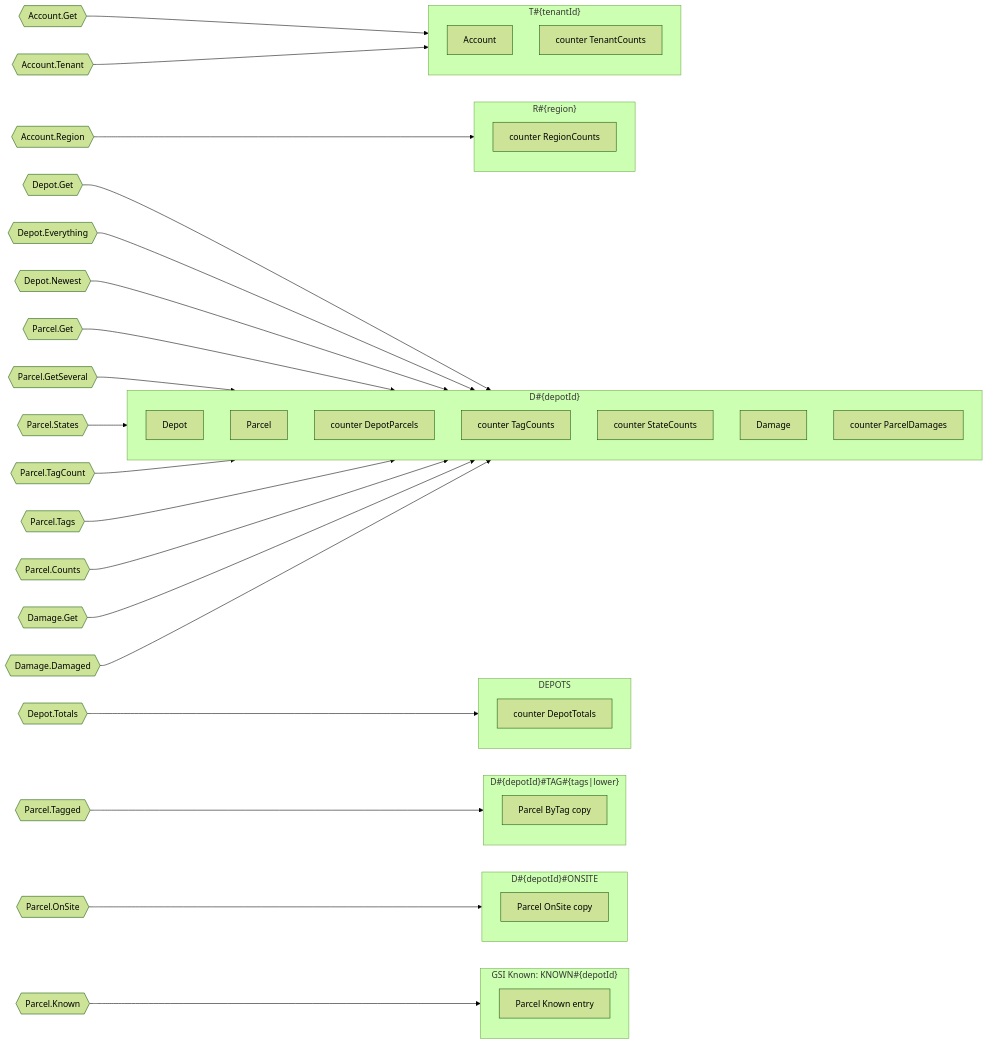
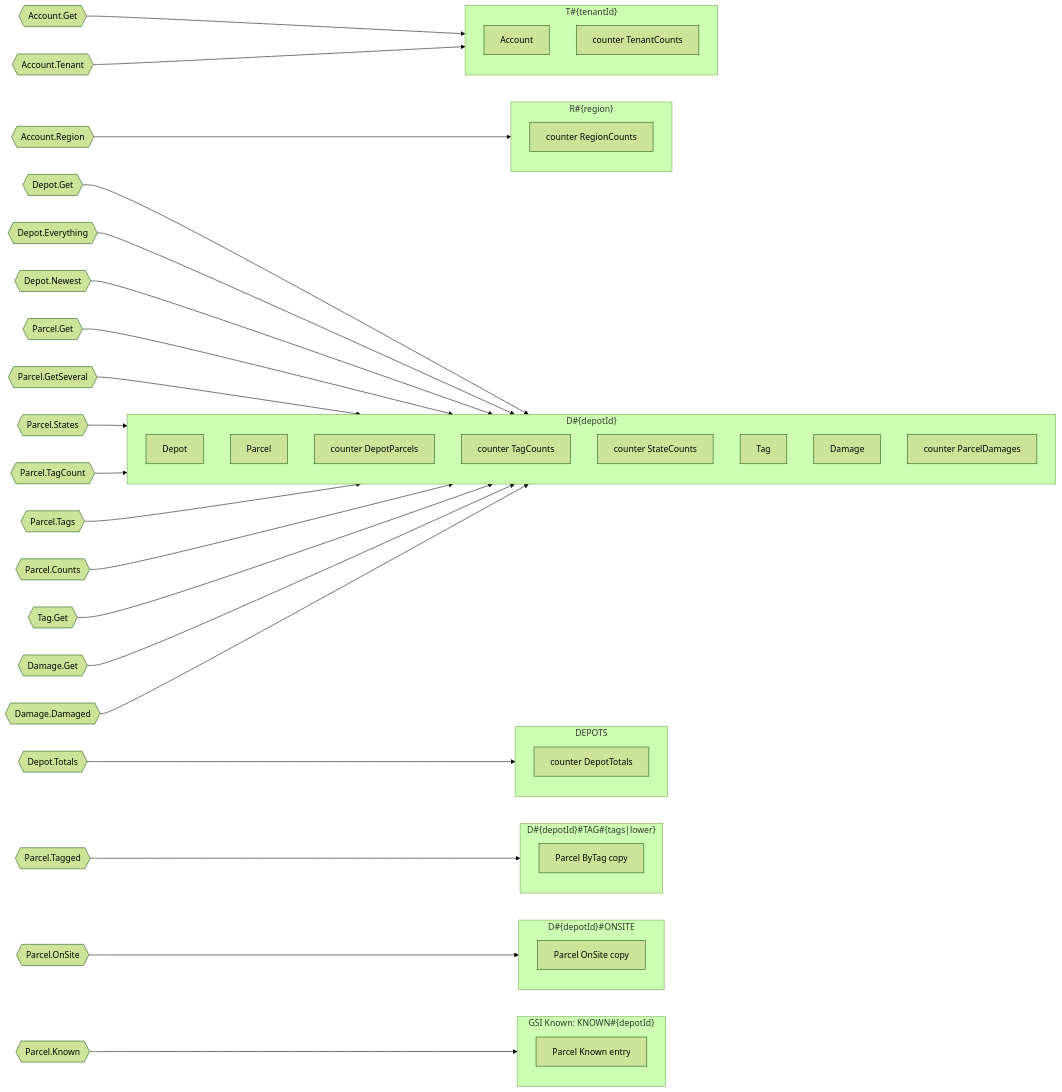
The fourth of 9 diagrams in internal/e2e/fixture/fixture.model.md (nicklanng/dynago), drawn with Mermaid (forest theme) before and after one commit. The commit also changed other lines of this file and 17 other files, not shown here.

````diff
--- a/internal/e2e/fixture/fixture.model.md
+++ b/internal/e2e/fixture/fixture.model.md
@@ -180,49 +190,51 @@
 ```mermaid
 flowchart LR
   subgraph p0["T#35;{tenantId}"]
     p0m0["Account"]
     p0m1["counter TenantCounts"]
   end
   subgraph p1["R#35;{region}"]
     p1m0["counter RegionCounts"]
   end
   subgraph p2["D#35;{depotId}"]
     p2m0["Depot"]
     p2m1["Parcel"]
     p2m2["counter DepotParcels"]
     p2m3["counter TagCounts"]
     p2m4["counter StateCounts"]
-    p2m5["Damage"]
-    p2m6["counter ParcelDamages"]
+    p2m5["Tag"]
+    p2m6["Damage"]
+    p2m7["counter ParcelDamages"]
   end
   subgraph p3["DEPOTS"]
     p3m0["counter DepotTotals"]
   end
   subgraph p4["D#35;{depotId}#35;ONSITE"]
     p4m0["Parcel OnSite copy"]
   end
   subgraph p5["D#35;{depotId}#35;TAG#35;{tags|lower}"]
     p5m0["Parcel ByTag copy"]
   end
   subgraph p6["GSI Known: KNOWN#35;{depotId}"]
     p6m0["Parcel Known entry"]
   end
   r_Account_Get{{"Account.Get"}} --> p0
   r_Account_Tenant{{"Account.Tenant"}} --> p0
   r_Account_Region{{"Account.Region"}} --> p1
   r_Depot_Get{{"Depot.Get"}} --> p2
   r_Depot_Totals{{"Depot.Totals"}} --> p3
   r_Depot_Everything{{"Depot.Everything"}} --> p2
   r_Depot_Newest{{"Depot.Newest"}} --> p2
   r_Parcel_Get{{"Parcel.Get"}} --> p2
   r_Parcel_GetSeveral{{"Parcel.GetSeveral"}} --> p2
   r_Parcel_States{{"Parcel.States"}} --> p2
   r_Parcel_Tagged{{"Parcel.Tagged"}} --> p5
   r_Parcel_TagCount{{"Parcel.TagCount"}} --> p2
   r_Parcel_Tags{{"Parcel.Tags"}} --> p2
   r_Parcel_OnSite{{"Parcel.OnSite"}} --> p4
   r_Parcel_Known{{"Parcel.Known"}} --> p6
   r_Parcel_Counts{{"Parcel.Counts"}} --> p2
+  r_Tag_Get{{"Tag.Get"}} --> p2
   r_Damage_Get{{"Damage.Get"}} --> p2
   r_Damage_Damaged{{"Damage.Damaged"}} --> p2
 ```
````
